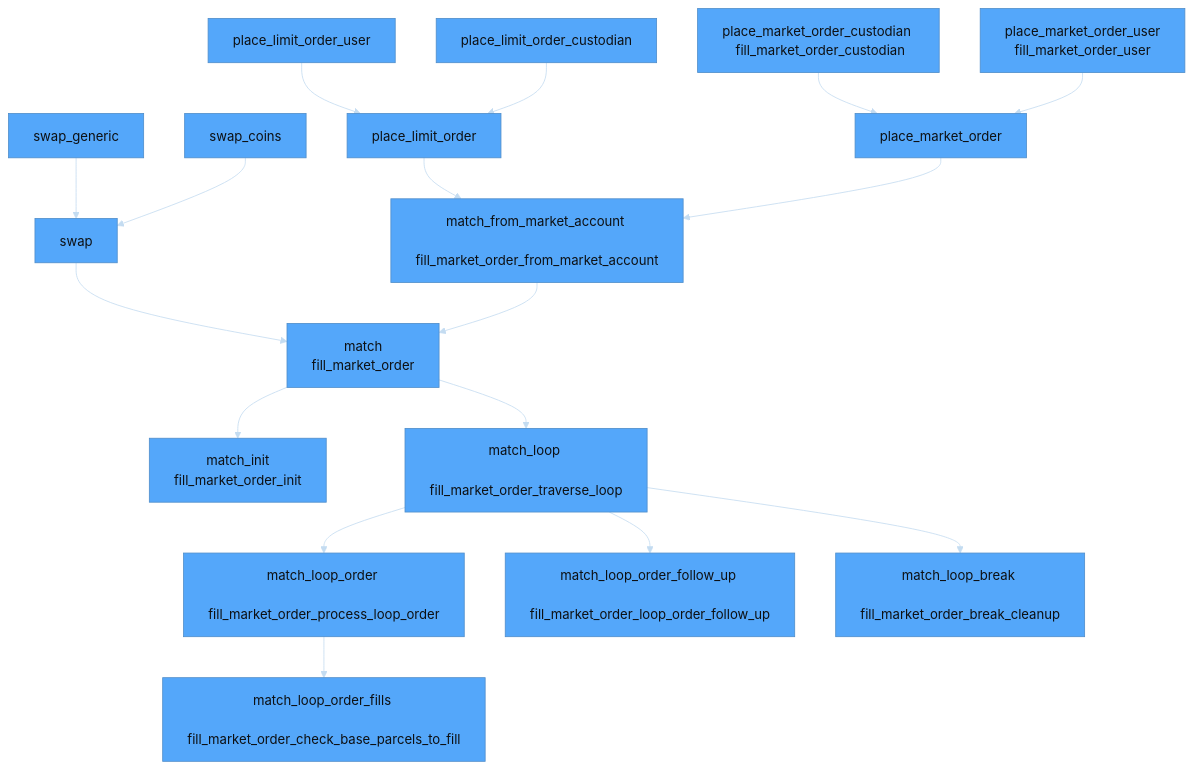
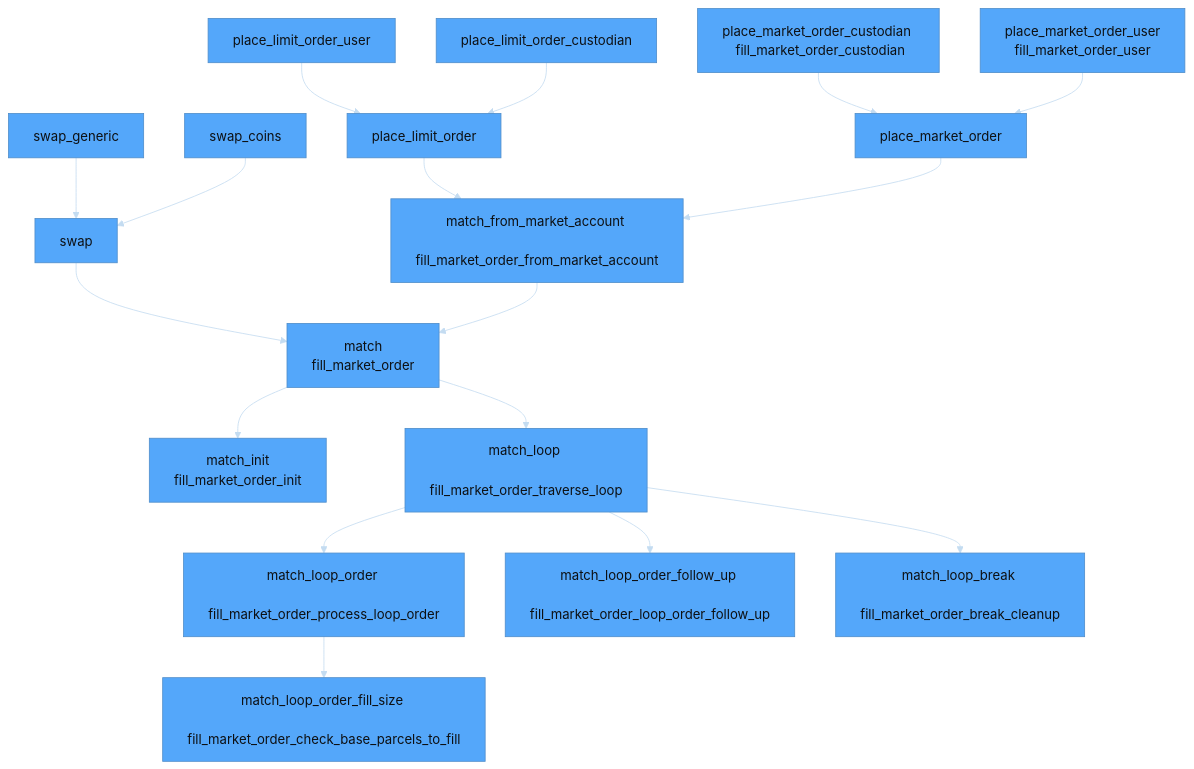
One commit to econia-labs/econia changed the third of 3 diagrams in src/move/econia/dependencies.md. Above: the diagram before and after it, drawn with Mermaid. The commit also changed 7 other files, not shown here.

````diff
--- a/src/move/econia/dependencies.md
+++ b/src/move/econia/dependencies.md
@@ -49,71 +49,71 @@
 ```mermaid
 
 %%{init: {'theme': 'base', 'themeVariables': {'primaryColor': '#54a7fa', 'lineColor': '#c4dcf1', 'primaryTextColor': '#0d1013', 'secondaryColor': '#c4dcf1'}}}%%
 
 flowchart TD
 
 %% Node definitions
 
     match[match <br/> fill_market_order]
     match_from_market_account[match_from_market_account <br/> fill_market_order_from_market_account]
     match_init[match_init <br> fill_market_order_init]
     swap[swap]
     place_market_order[place_market_order]
     place_market_order_custodian[place_market_order_custodian <br/> fill_market_order_custodian]
     place_market_order_user[place_market_order_user <br/> fill_market_order_user]
     place_limit_order[place_limit_order]
     place_limit_order_custodian[place_limit_order_custodian]
     place_limit_order_user[place_limit_order_user]
     match_loop[match_loop <br/> fill_market_order_traverse_loop]
     match_loop_order[match_loop_order <br/> fill_market_order_process_loop_order]
-    match_loop_order_fills[match_loop_order_fills <br/> fill_market_order_check_base_parcels_to_fill]
+    match_loop_order_fill_size[match_loop_order_fill_size <br/> fill_market_order_check_base_parcels_to_fill]
     match_loop_order_follow_up[match_loop_order_follow_up <br/> fill_market_order_loop_order_follow_up]
     match_loop_break[match_loop_break <br/> fill_market_order_break_cleanup]
     swap_coins[swap_coins]
     swap_generic[swap_generic]
 
 
 %% Class definitions
 
     classDef partially_implemented fill:#a020f0 %% Purple
     classDef implemented fill:#32cd32 %% Lime Green
     classDef unimplemented fill:#708090 %% Slate Gray
 
     class swap_coins unimplemented;
     class swap_generic unimplemented
     class match unimplemented;
     class match_from_market_account unimplemented;
     class match_init unimplemented;
     class swap unimplemented;
     class place_market_order unimplemented;
     class place_market_order_custodian unimplemented;
     class place_market_order_user unimplemented;
     class place_limit_order partially_implemented;
     class place_limit_order_custodian partially_implemented;
     class place_limit_order_user partially_implemented;
     class match_loop unimplemented;
     class match_loop_order unimplemented;
-    class match_loop_order_fills unimplemented;
+    class match_loop_order_fill_size implemented;
     class match_loop_order_follow_up unimplemented;
     class match_loop_break unimplemented
 
 %% Node relationships
 
     swap_generic --> swap
     swap_coins --> swap
     place_limit_order_user --> place_limit_order
     place_limit_order_custodian --> place_limit_order
     place_limit_order --> match_from_market_account
     place_market_order --> match_from_market_account
     place_market_order_custodian --> place_market_order
     swap --> match
     place_market_order_user --> place_market_order
     match --> match_init
     match --> match_loop
     match_from_market_account --> match
-    match_loop_order --> match_loop_order_fills
+    match_loop_order --> match_loop_order_fill_size
     match_loop --> match_loop_order
     match_loop --> match_loop_order_follow_up
     match_loop --> match_loop_break
 
 ```
````
